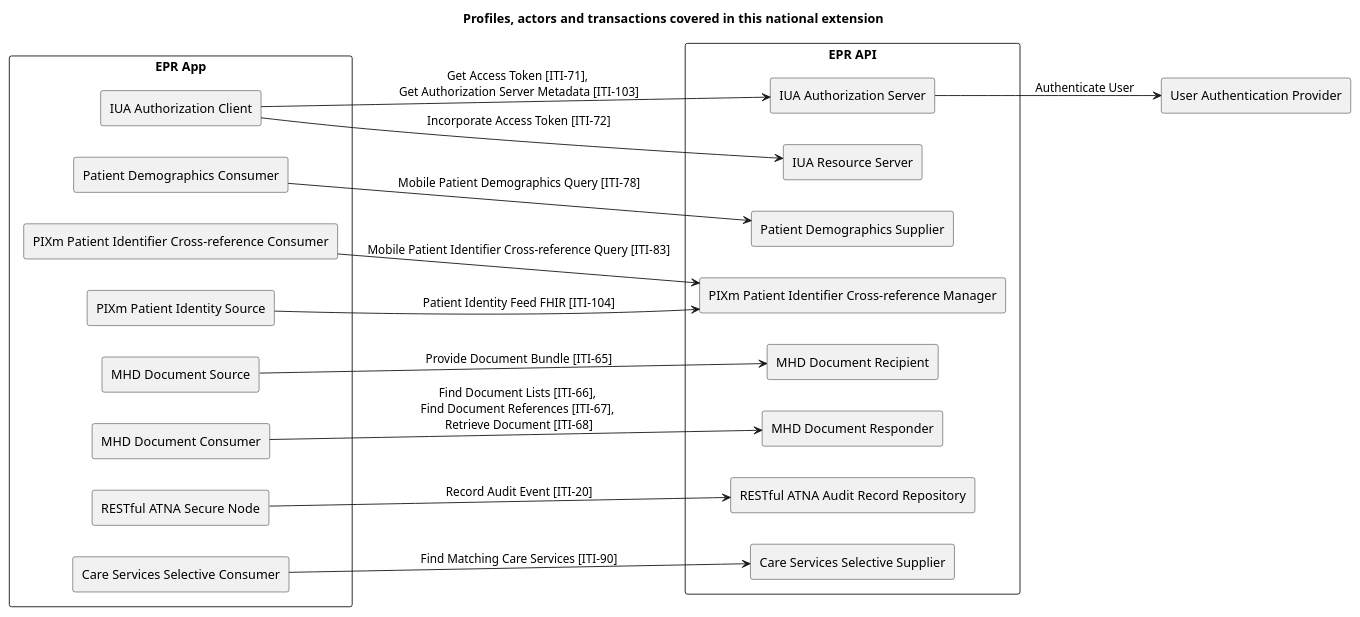
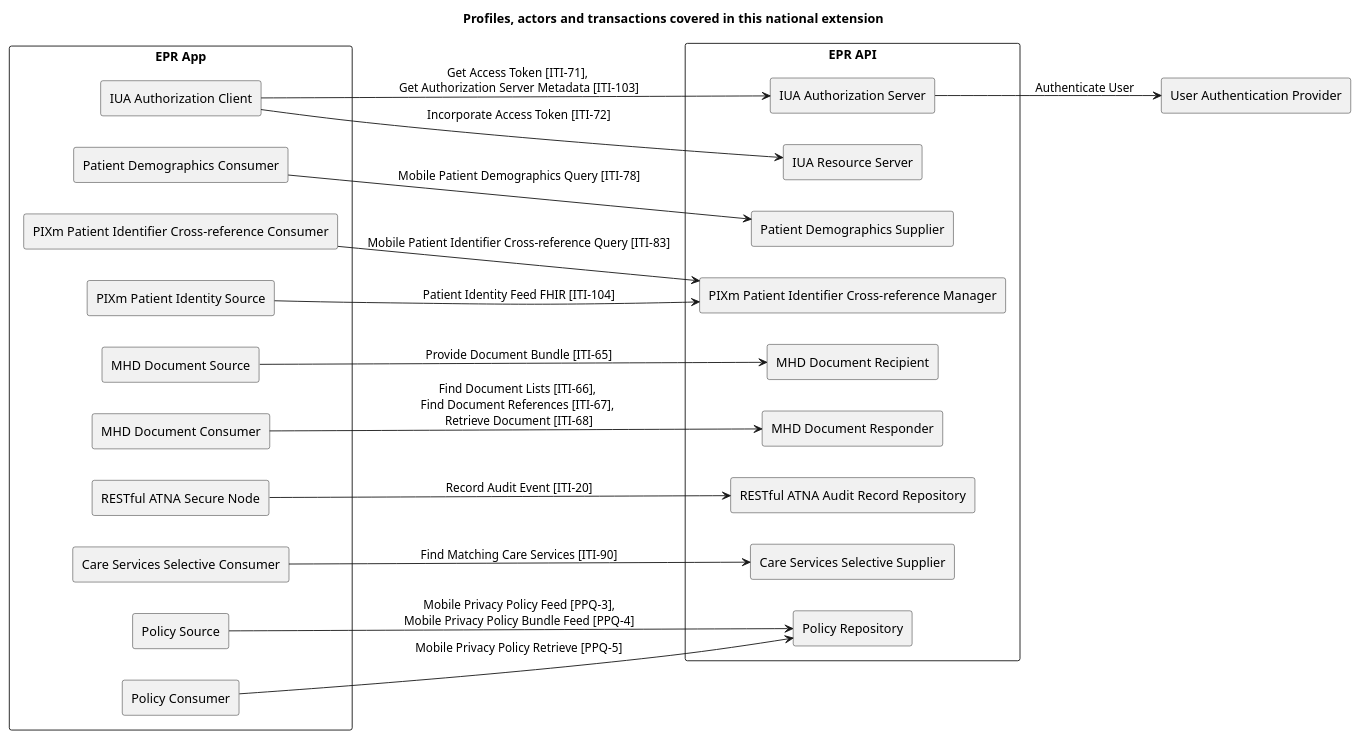
The diagram in input/images-source/overview.plantuml (ehealthsuisse/ch-epr-fhir), drawn with PlantUML before and after one commit.

Commit message:
Add PPQm transactions to overview diagram
Part of #147.

```diff
--- a/input/images-source/overview.plantuml
+++ b/input/images-source/overview.plantuml
@@ -1,55 +1,62 @@
 @startuml
 
 title **Profiles, actors and transactions covered in this national extension**
 
 skinparam componentStyle rectangle
 skinparam svgDimensionStyle false
 
 left to right direction
 
 component "EPR App" {
   [IUA Authorization Client] as IUAClient
 
   [Patient Demographics Consumer] as PDQmConsumer
 
   [PIXm Patient Identifier Cross-reference Consumer] as PIXmConsumer
   [PIXm Patient Identity Source] as PIXmSource
 
   [MHD Document Source] as MHDSource
   [MHD Document Consumer] as MHDConsumer
 
   [RESTful ATNA Secure Node] as ATNANode
 
   [Care Services Selective Consumer] as mCSDSelectiveConsumer
+
+  [Policy Source] as PPQmPolicySource
+  [Policy Consumer] as PPQmPolicyConsumer
 }
 
 component "EPR API" {
   [IUA Authorization Server] as IUAAuthServer
   IUAClient -> IUAAuthServer : Get Access Token [ITI-71], \nGet Authorization Server Metadata [ITI-103]
   [IUA Resource Server] as IUAResourceServer
   IUAClient --> IUAResourceServer : Incorporate Access Token [ITI-72]
 
   [Patient Demographics Supplier] as PDQmSupplier
   PDQmConsumer --> PDQmSupplier : Mobile Patient Demographics Query [ITI-78]
 
   [PIXm Patient Identifier Cross-reference Manager] as PIXmManager
   PIXmConsumer --> PIXmManager : Mobile Patient Identifier Cross-reference Query [ITI-83]
   PIXmSource --> PIXmManager : Patient Identity Feed FHIR [ITI-104]
 
   [MHD Document Recipient] as MHDRecipient
   MHDSource --> MHDRecipient : Provide Document Bundle [ITI-65]
 
   [MHD Document Responder] as MHDResponder
   MHDConsumer --> MHDResponder : Find Document Lists [ITI-66], \nFind Document References [ITI-67], \nRetrieve Document [ITI-68] 
 
   [RESTful ATNA Audit Record Repository] as ATNARepository
   ATNANode --> ATNARepository : Record Audit Event [ITI-20]
 
   [Care Services Selective Supplier] as mCSDSelectiveSupplier
   mCSDSelectiveConsumer --> mCSDSelectiveSupplier : Find Matching Care Services [ITI-90]
+
+  [Policy Repository] as PPQmPolicyRepository
+  PPQmPolicySource --> PPQmPolicyRepository : Mobile Privacy Policy Feed [PPQ-3],\nMobile Privacy Policy Bundle Feed [PPQ-4]
+  PPQmPolicyConsumer --> PPQmPolicyRepository : Mobile Privacy Policy Retrieve [PPQ-5]
 }
 
 [User Authentication Provider] as UAProvider
 IUAAuthServer --> UAProvider : Authenticate User
 
 @enduml
```
